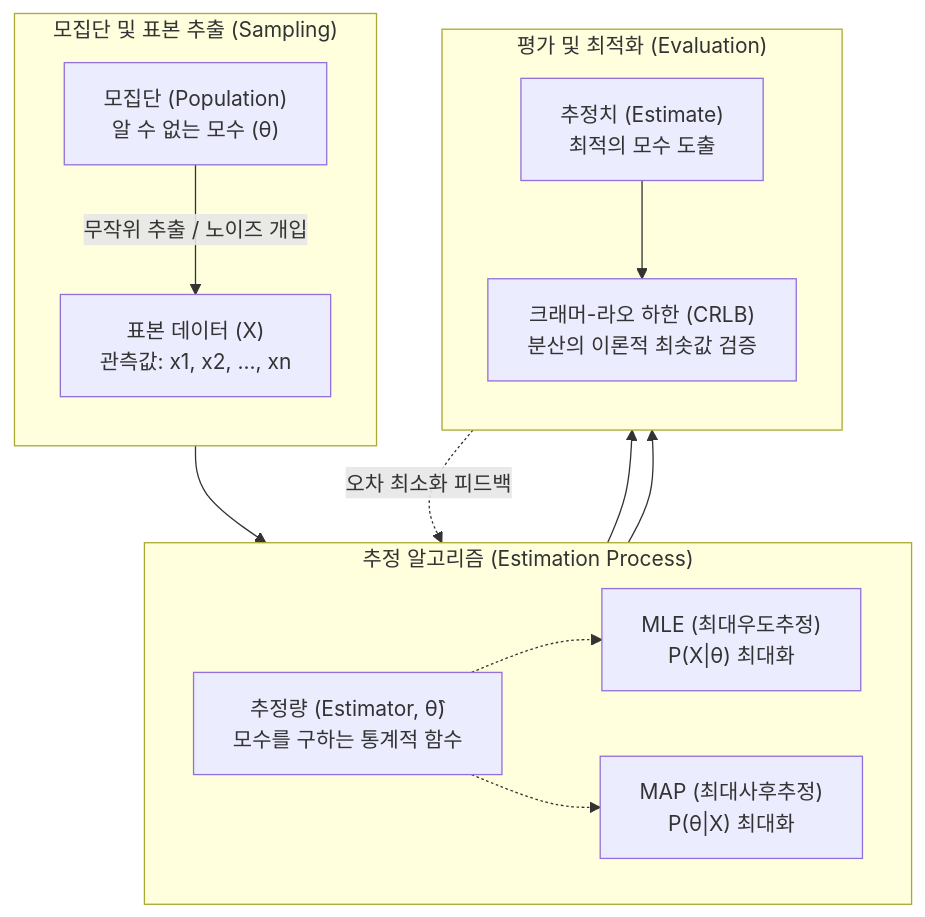
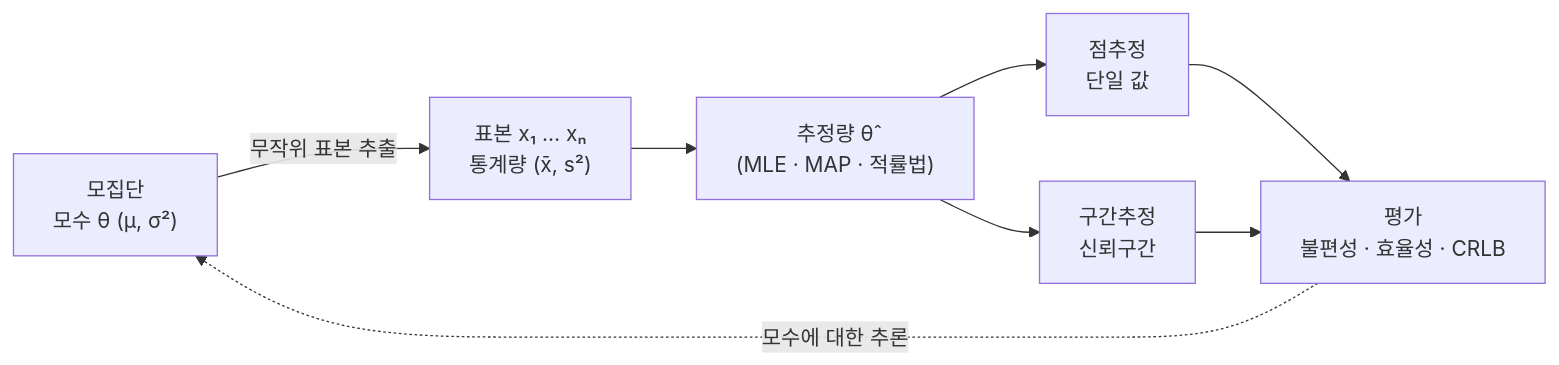
Before and after one commit to supremethumb/supremethumb.github.io: the diagram in content/01_IT Tech/추정 이론.md, drawn with Mermaid. The commit also changed other lines of this file and 1087 other files, not shown here.

````diff
--- a/content/01_IT Tech/추정 이론.md
+++ b/content/01_IT Tech/추정 이론.md
@@ -23,31 +36,9 @@
 ```mermaid
-flowchart TB
-    subgraph "모집단 및 표본 추출 (Sampling)"
-        direction TB
-        Pop["모집단 (Population)<br/>알 수 없는 모수 (θ)"]
-        Sample["표본 데이터 (X)<br/>관측값: x1, x2, ..., xn"]
-        Pop -- "무작위 추출 / 노이즈 개입" --> Sample
-    end
-
-    subgraph "추정 알고리즘 (Estimation Process)"
-        direction LR
-        EstFunc["추정량 (Estimator, θ̂)<br/>모수를 구하는 통계적 함수"]
-        
-        MLE["MLE (최대우도추정)<br/>P(X|θ) 최대화"]
-        MAP["MAP (최대사후추정)<br/>P(θ|X) 최대화"]
-        
-        EstFunc -.-> MLE & MAP
-    end
-
-    subgraph "평가 및 최적화 (Evaluation)"
-        direction TB
-        Eval["추정치 (Estimate)<br/>최적의 모수 도출"]
-        CRLB["크래머-라오 하한 (CRLB)<br/>분산의 이론적 최솟값 검증"]
-        Eval --> CRLB
-    end
-
-    Sample --> EstFunc
-    MLE & MAP --> Eval
-    CRLB -.->|"오차 최소화 피드백"| EstFunc
-
+flowchart LR
+    Pop["모집단<br/>모수 θ (μ, σ²)"] -- "무작위 표본 추출" --> S["표본 x₁ … xₙ<br/>통계량 (x̄, s²)"]
+    S --> E["추정량 θ̂<br/>(MLE · MAP · 적률법)"]
+    E --> P["점추정<br/>단일 값"]
+    E --> I["구간추정<br/>신뢰구간"]
+    P & I --> V["평가<br/>불편성 · 효율성 · CRLB"]
+    V -.->|"모수에 대한 추론"| Pop
 ```
````
